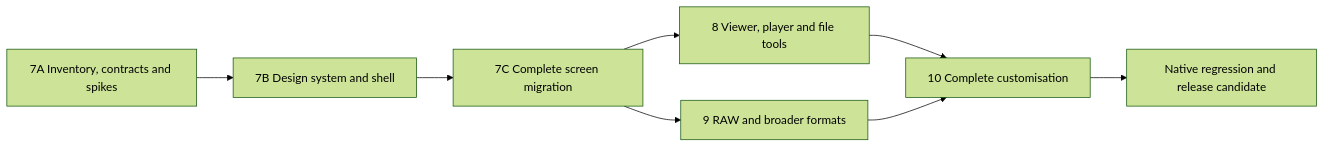
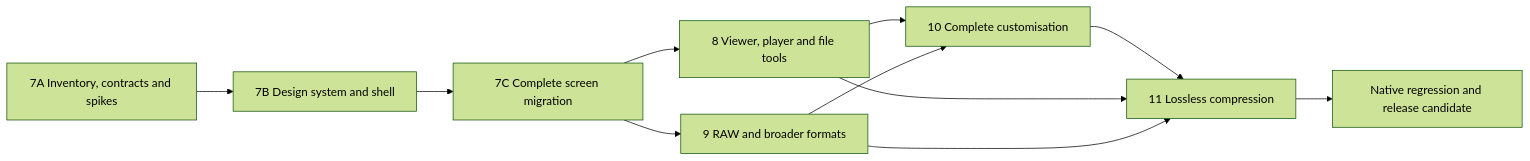
The diagram in docs/next-development-plan-2026-10-04.md (awaisjameel/lumen), drawn with Mermaid (forest theme) before and after one commit. The commit also changed other lines of this file and 2 other files, not shown here.

Commit message:
docs: update development plan to include individual and bulk lossless image compression

````diff
--- a/docs/next-development-plan-2026-10-04.md
+++ b/docs/next-development-plan-2026-10-04.md
@@ -352,10 +376,13 @@
 ```mermaid
 flowchart LR
     A[7A Inventory, contracts and spikes] --> B[7B Design system and shell]
     B --> C[7C Complete screen migration]
     C --> D[8 Viewer, player and file tools]
     C --> E[9 RAW and broader formats]
     D --> F[10 Complete customisation]
     E --> F
-    F --> G[Native regression and release candidate]
+    F --> H[11 Lossless compression]
+    D --> H
+    E --> H
+    H --> G[Native regression and release candidate]
 ```
````
